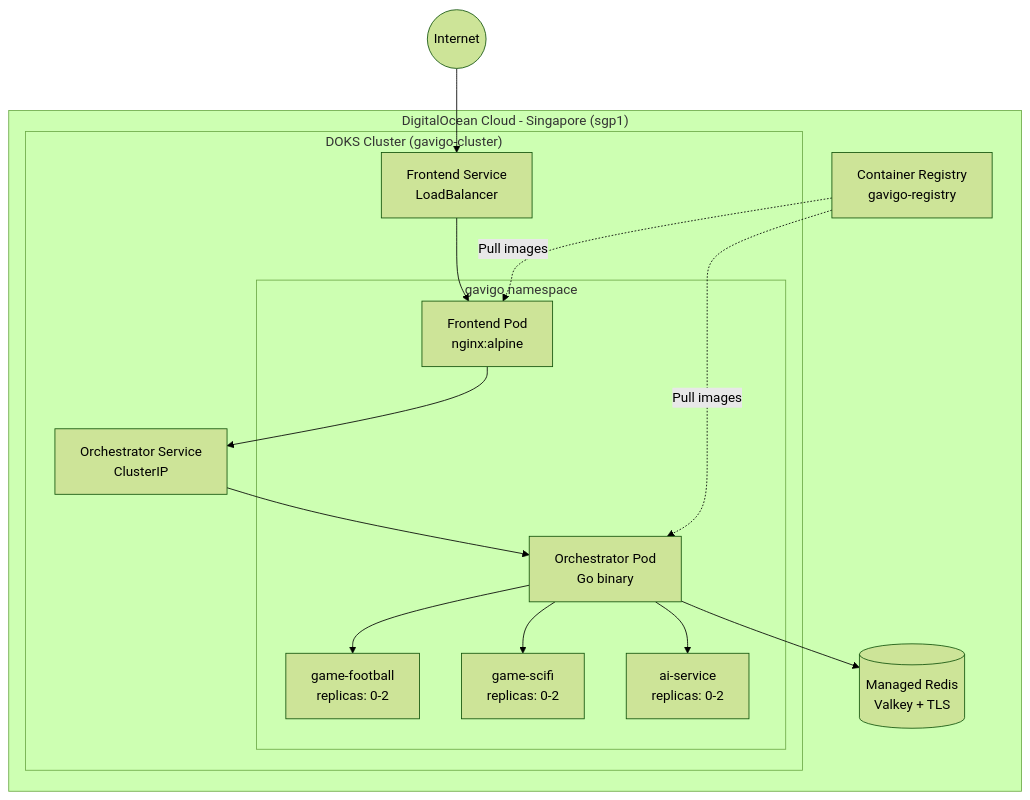
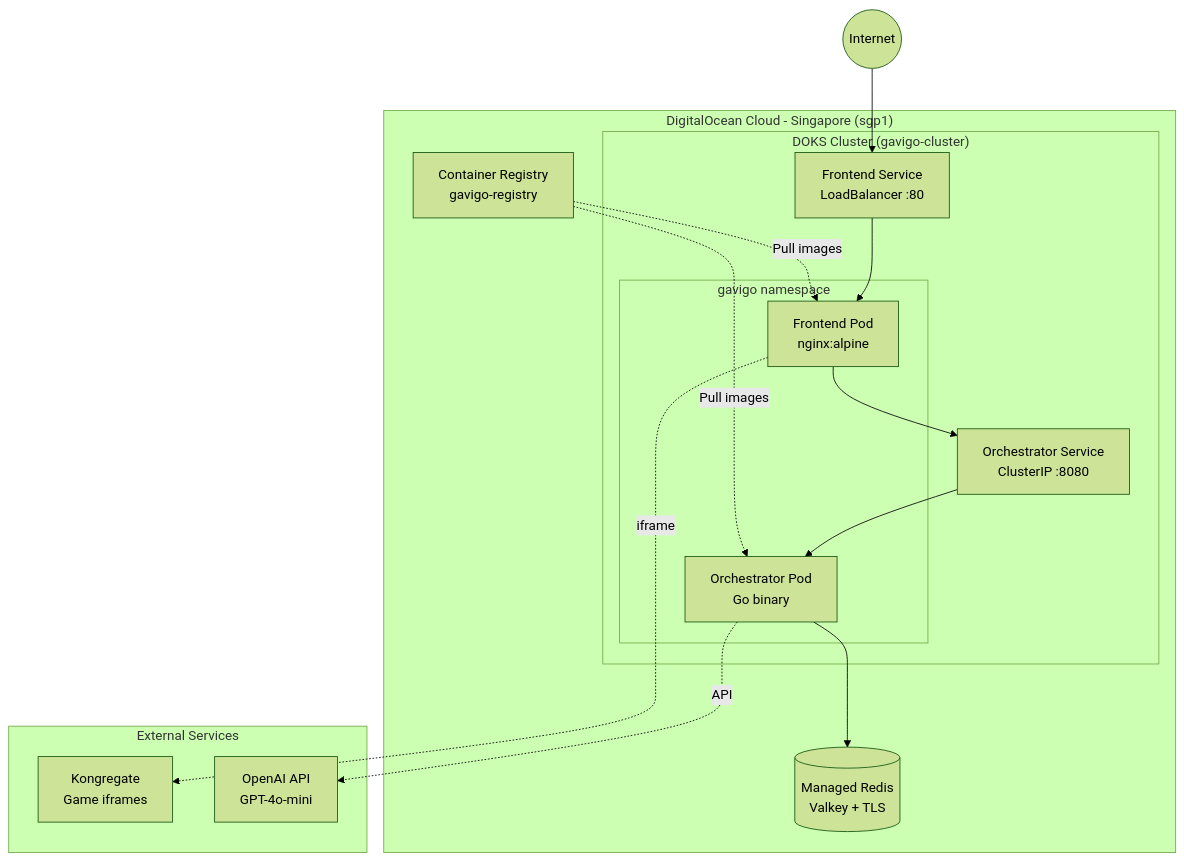
The seventh of 8 diagrams in README.md (ChanMeng666/gavigo), drawn with Mermaid (forest theme) before and after one commit. The commit also changed other lines of this file and 3 other files, not shown here.

````diff
--- a/README.md
+++ b/README.md
@@ -159,31 +275,32 @@
 ```mermaid
 graph TB
     subgraph "DigitalOcean Cloud - Singapore (sgp1)"
         subgraph "DOKS Cluster (gavigo-cluster)"
             subgraph "gavigo namespace"
                 FE_POD[Frontend Pod<br/>nginx:alpine]
                 ORCH_POD[Orchestrator Pod<br/>Go binary]
-                GF_POD[game-football<br/>replicas: 0-2]
-                GS_POD[game-scifi<br/>replicas: 0-2]
-                AI_POD[ai-service<br/>replicas: 0-2]
             end
 
-            FE_SVC[Frontend Service<br/>LoadBalancer]
-            ORCH_SVC[Orchestrator Service<br/>ClusterIP]
+            FE_SVC[Frontend Service<br/>LoadBalancer :80]
+            ORCH_SVC[Orchestrator Service<br/>ClusterIP :8080]
         end
 
         REDIS_DB[(Managed Redis<br/>Valkey + TLS)]
         REGISTRY[Container Registry<br/>gavigo-registry]
+    end
+
+    subgraph "External Services"
+        KONG[Kongregate<br/>Game iframes]
+        OPENAI[OpenAI API<br/>GPT-4o-mini]
     end
 
     INTERNET((Internet)) --> FE_SVC
     FE_SVC --> FE_POD
     FE_POD --> ORCH_SVC
     ORCH_SVC --> ORCH_POD
     ORCH_POD --> REDIS_DB
-    ORCH_POD --> GF_POD
-    ORCH_POD --> GS_POD
-    ORCH_POD --> AI_POD
+    FE_POD -.->|iframe| KONG
+    ORCH_POD -.->|API| OPENAI
     REGISTRY -.->|Pull images| FE_POD
     REGISTRY -.->|Pull images| ORCH_POD
 ```
````
